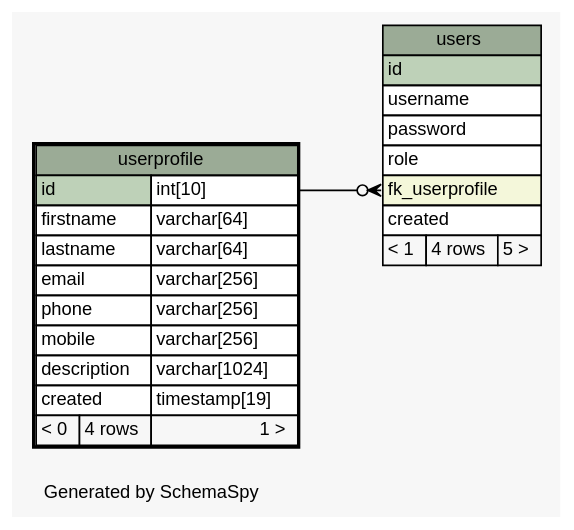
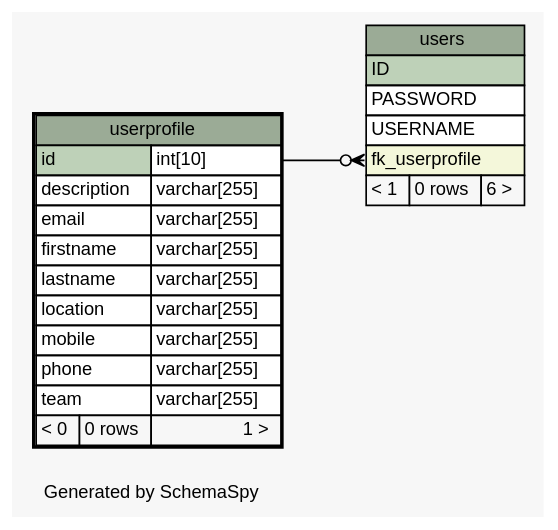
One commit to chr-krenn/chr-krenn-fhj-ws2017-sd17-pse changed the diagram in doc/db_schema/diagrams/userprofile.1degree.dot. Above: the diagram before and after it, drawn with Graphviz. The commit also changed 60 other files, not shown here.

```diff
--- a/doc/db_schema/diagrams/userprofile.1degree.dot
+++ b/doc/db_schema/diagrams/userprofile.1degree.dot
@@ -1,55 +1,54 @@
 // dot 2.40.1 on Linux 4.12.5-300.fc26.x86_64
 // SchemaSpy rev 590
 digraph "oneDegreeRelationshipsDiagram" {
   graph [
     rankdir="RL"
     bgcolor="#f7f7f7"
     label="\nGenerated by SchemaSpy"
     labeljust="l"
     nodesep="0.18"
     ranksep="0.46"
     fontname="Helvetica"
     fontsize="11"
   ];
   node [
     fontname="Helvetica"
     fontsize="11"
     shape="plaintext"
   ];
   edge [
     arrowsize="0.8"
   ];
   "users":"fk_userprofile":w -> "userprofile":"id.type":e [arrowhead=none dir=back arrowtail=crowodot];
   "userprofile" [
     label=<
     <TABLE BORDER="2" CELLBORDER="1" CELLSPACING="0" BGCOLOR="#ffffff">
       <TR><TD COLSPAN="3" BGCOLOR="#9bab96" ALIGN="CENTER">userprofile</TD></TR>
       <TR><TD PORT="id" COLSPAN="2" BGCOLOR="#bed1b8" ALIGN="LEFT">id</TD><TD PORT="id.type" ALIGN="LEFT">int[10]</TD></TR>
-      <TR><TD PORT="firstname" COLSPAN="2" ALIGN="LEFT">firstname</TD><TD PORT="firstname.type" ALIGN="LEFT">varchar[64]</TD></TR>
-      <TR><TD PORT="lastname" COLSPAN="2" ALIGN="LEFT">lastname</TD><TD PORT="lastname.type" ALIGN="LEFT">varchar[64]</TD></TR>
-      <TR><TD PORT="email" COLSPAN="2" ALIGN="LEFT">email</TD><TD PORT="email.type" ALIGN="LEFT">varchar[256]</TD></TR>
-      <TR><TD PORT="phone" COLSPAN="2" ALIGN="LEFT">phone</TD><TD PORT="phone.type" ALIGN="LEFT">varchar[256]</TD></TR>
-      <TR><TD PORT="mobile" COLSPAN="2" ALIGN="LEFT">mobile</TD><TD PORT="mobile.type" ALIGN="LEFT">varchar[256]</TD></TR>
-      <TR><TD PORT="description" COLSPAN="2" ALIGN="LEFT">description</TD><TD PORT="description.type" ALIGN="LEFT">varchar[1024]</TD></TR>
-      <TR><TD PORT="created" COLSPAN="2" ALIGN="LEFT">created</TD><TD PORT="created.type" ALIGN="LEFT">timestamp[19]</TD></TR>
-      <TR><TD ALIGN="LEFT" BGCOLOR="#f7f7f7">&lt; 0</TD><TD ALIGN="RIGHT" BGCOLOR="#f7f7f7">4 rows</TD><TD ALIGN="RIGHT" BGCOLOR="#f7f7f7">1 &gt;</TD></TR>
+      <TR><TD PORT="description" COLSPAN="2" ALIGN="LEFT">description</TD><TD PORT="description.type" ALIGN="LEFT">varchar[255]</TD></TR>
+      <TR><TD PORT="email" COLSPAN="2" ALIGN="LEFT">email</TD><TD PORT="email.type" ALIGN="LEFT">varchar[255]</TD></TR>
+      <TR><TD PORT="firstname" COLSPAN="2" ALIGN="LEFT">firstname</TD><TD PORT="firstname.type" ALIGN="LEFT">varchar[255]</TD></TR>
+      <TR><TD PORT="lastname" COLSPAN="2" ALIGN="LEFT">lastname</TD><TD PORT="lastname.type" ALIGN="LEFT">varchar[255]</TD></TR>
+      <TR><TD PORT="location" COLSPAN="2" ALIGN="LEFT">location</TD><TD PORT="location.type" ALIGN="LEFT">varchar[255]</TD></TR>
+      <TR><TD PORT="mobile" COLSPAN="2" ALIGN="LEFT">mobile</TD><TD PORT="mobile.type" ALIGN="LEFT">varchar[255]</TD></TR>
+      <TR><TD PORT="phone" COLSPAN="2" ALIGN="LEFT">phone</TD><TD PORT="phone.type" ALIGN="LEFT">varchar[255]</TD></TR>
+      <TR><TD PORT="team" COLSPAN="2" ALIGN="LEFT">team</TD><TD PORT="team.type" ALIGN="LEFT">varchar[255]</TD></TR>
+      <TR><TD ALIGN="LEFT" BGCOLOR="#f7f7f7">&lt; 0</TD><TD ALIGN="RIGHT" BGCOLOR="#f7f7f7">0 rows</TD><TD ALIGN="RIGHT" BGCOLOR="#f7f7f7">1 &gt;</TD></TR>
     </TABLE>>
     URL="userprofile.html"
     tooltip="userprofile"
   ];
   "users" [
     label=<
     <TABLE BORDER="0" CELLBORDER="1" CELLSPACING="0" BGCOLOR="#ffffff">
       <TR><TD COLSPAN="3" BGCOLOR="#9bab96" ALIGN="CENTER">users</TD></TR>
-      <TR><TD PORT="id" COLSPAN="3" BGCOLOR="#bed1b8" ALIGN="LEFT">id</TD></TR>
-      <TR><TD PORT="username" COLSPAN="3" ALIGN="LEFT">username</TD></TR>
-      <TR><TD PORT="password" COLSPAN="3" ALIGN="LEFT">password</TD></TR>
-      <TR><TD PORT="role" COLSPAN="3" ALIGN="LEFT">role</TD></TR>
+      <TR><TD PORT="ID" COLSPAN="3" BGCOLOR="#bed1b8" ALIGN="LEFT">ID</TD></TR>
+      <TR><TD PORT="PASSWORD" COLSPAN="3" ALIGN="LEFT">PASSWORD</TD></TR>
+      <TR><TD PORT="USERNAME" COLSPAN="3" ALIGN="LEFT">USERNAME</TD></TR>
       <TR><TD PORT="fk_userprofile" COLSPAN="3" BGCOLOR="#f4f7da" ALIGN="LEFT">fk_userprofile</TD></TR>
-      <TR><TD PORT="created" COLSPAN="3" ALIGN="LEFT">created</TD></TR>
-      <TR><TD ALIGN="LEFT" BGCOLOR="#f7f7f7">&lt; 1</TD><TD ALIGN="RIGHT" BGCOLOR="#f7f7f7">4 rows</TD><TD ALIGN="RIGHT" BGCOLOR="#f7f7f7">5 &gt;</TD></TR>
+      <TR><TD ALIGN="LEFT" BGCOLOR="#f7f7f7">&lt; 1</TD><TD ALIGN="RIGHT" BGCOLOR="#f7f7f7">0 rows</TD><TD ALIGN="RIGHT" BGCOLOR="#f7f7f7">6 &gt;</TD></TR>
     </TABLE>>
     URL="users.html"
     tooltip="users"
   ];
 }
```
